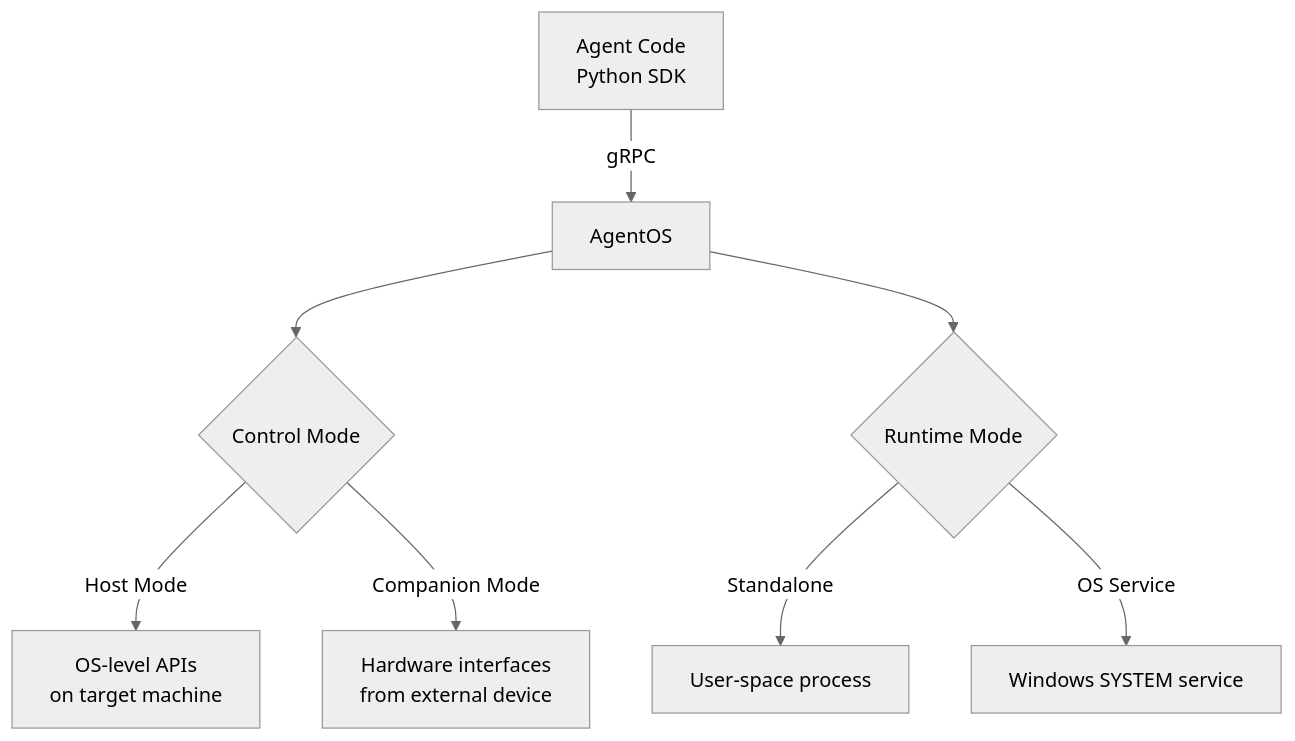
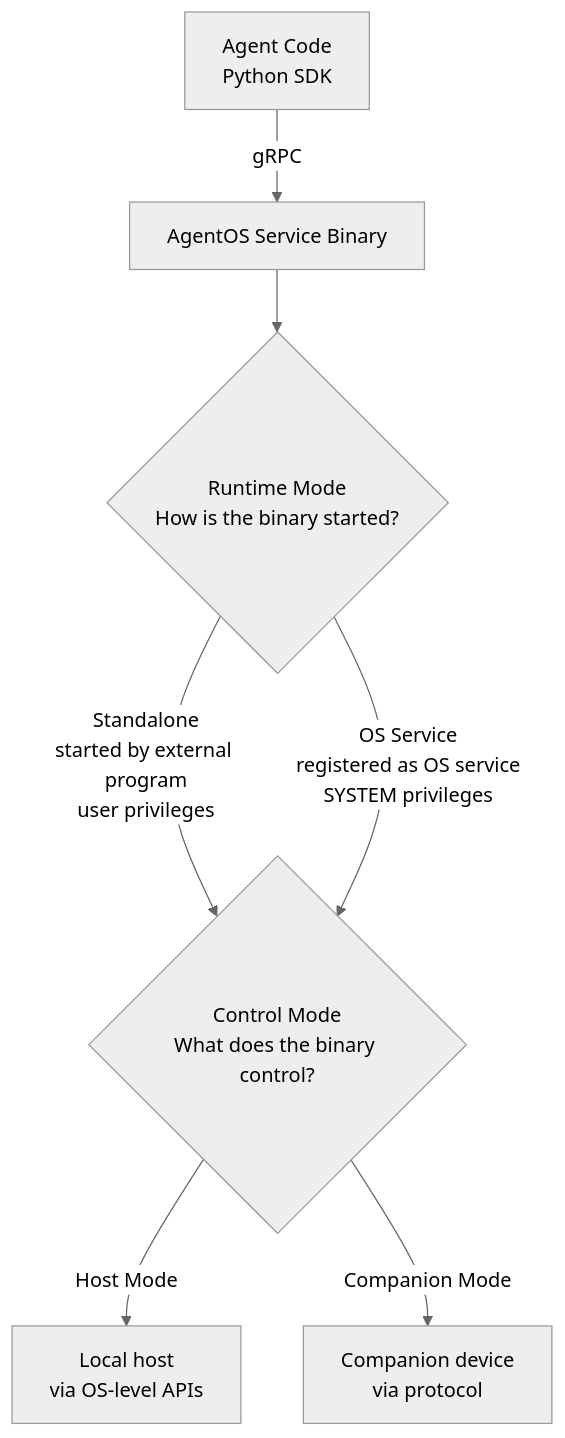
Before and after one commit to askui/docs-mintlify: the diagram in 06-agent-os/understanding/concepts.mdx, drawn with Mermaid (neutral theme). The commit also changed other lines of this file, not shown here.

Commit message:
docs: clarify runtime and control modes are independent in concepts
Restructure the AgentOS concepts diagram so Runtime Mode comes first
(how the binary starts + privileges) and both runtime paths feed into
the Control Mode decision (host vs companion), making the orthogonality
visually explicit. Update accompanying text to remove the incorrect
claim that runtime mode only applies to Host Mode.

````diff
--- a/06-agent-os/understanding/concepts.mdx
+++ b/06-agent-os/understanding/concepts.mdx
@@ -10,10 +10,9 @@
 ```mermaid
 graph TD
-    A[Agent Code<br/>Python SDK] -->|gRPC| B[AgentOS]
-    B --> C{Control Mode}
-    C -->|Host Mode| D[OS-level APIs<br/>on target machine]
-    C -->|Companion Mode| E[Hardware interfaces<br/>from external device]
-    B --> F{Runtime Mode}
-    F -->|Standalone| G[User-space process]
-    F -->|OS Service| H[Windows SYSTEM service]
+    A[Agent Code<br/>Python SDK] -->|gRPC| B[AgentOS Service Binary]
+    B --> C{Runtime Mode<br/>How is the binary started?}
+    C -->|Standalone<br/>started by external program<br/>user privileges| D{Control Mode<br/>What does the binary control?}
+    C -->|OS Service<br/>registered as OS service<br/>SYSTEM privileges| D
+    D -->|Host Mode| E[Local host<br/>via OS-level APIs]
+    D -->|Companion Mode| F[Companion device<br/>via protocol]
 ```
````
